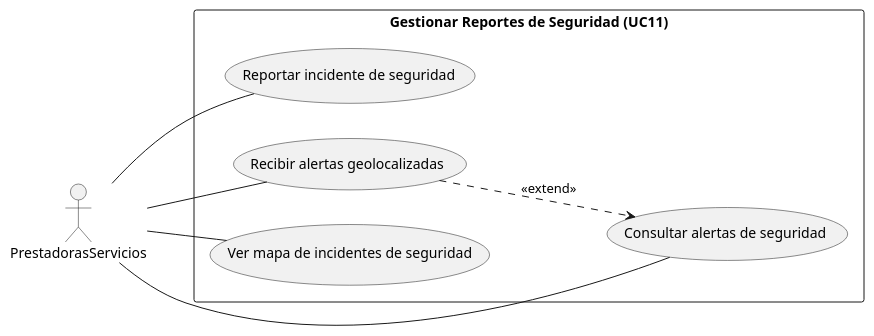
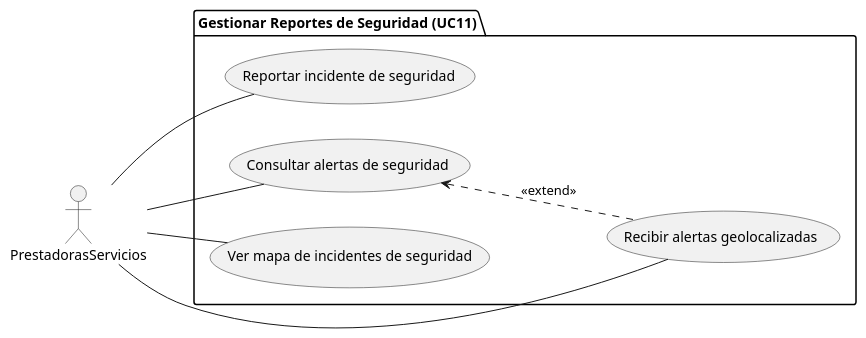
The diagram in docs/modelos/uc-lvl-1/gestionar-reportes-de-seguridad/prestadora-diagrama.puml (xdark-nessx20/SM-Xplore), drawn with PlantUML before and after one commit. The commit also changed 4 other files, not shown here.

Commit message:
use package for lvl1 diagrams and fix extend arrow direction

```diff
--- a/docs/modelos/uc-lvl-1/gestionar-reportes-de-seguridad/prestadora-diagrama.puml
+++ b/docs/modelos/uc-lvl-1/gestionar-reportes-de-seguridad/prestadora-diagrama.puml
@@ -1,21 +1,21 @@
 @startuml
 
 left to right direction
 
 actor PrestadorasServicios as P
 
-rectangle "Gestionar Reportes de Seguridad (UC11)" {
+package "Gestionar Reportes de Seguridad (UC11)" {
     usecase "Reportar incidente de seguridad" as UC11_1
     usecase "Consultar alertas de seguridad" as UC11_2
     usecase "Recibir alertas geolocalizadas" as UC11_3
     usecase "Ver mapa de incidentes de seguridad" as UC11_4
 }
 
 P -- UC11_1
 P -- UC11_2
 P -- UC11_3
 P -- UC11_4
 
-UC11_3 ..> UC11_2 : <<extend>>
+UC11_2 <.. UC11_3 : <<extend>>
 
 @enduml
```
